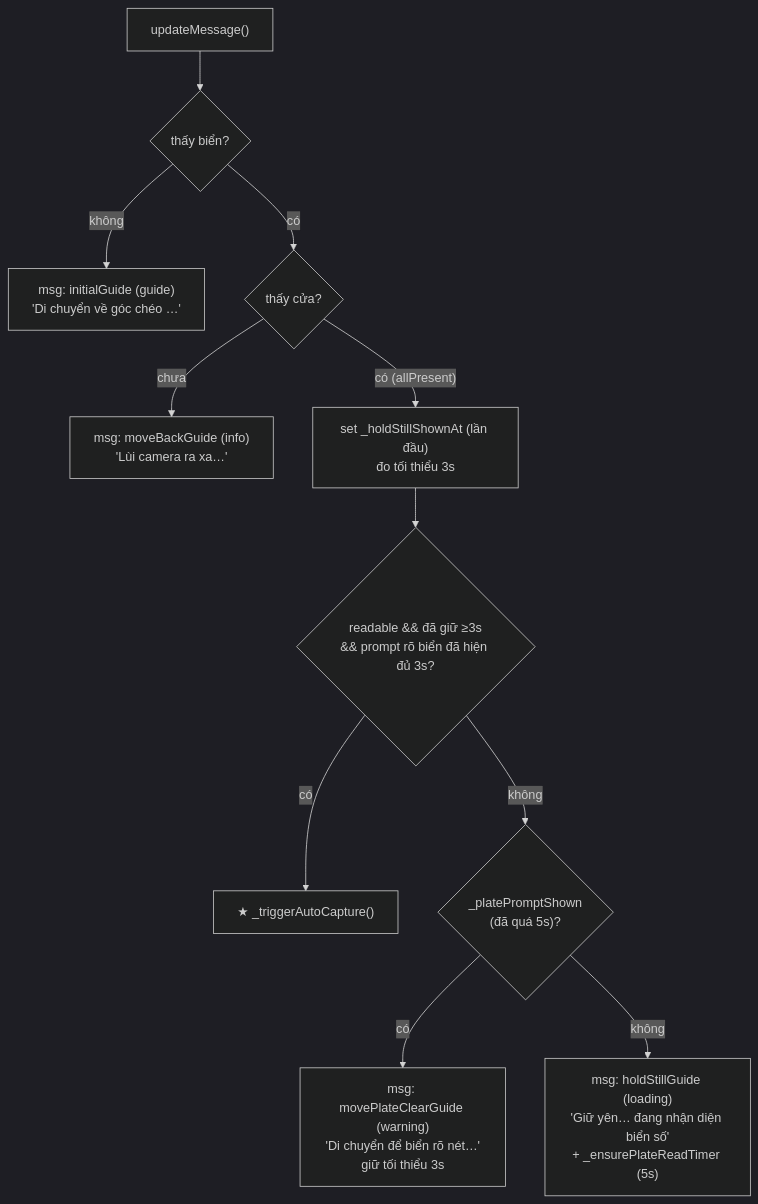
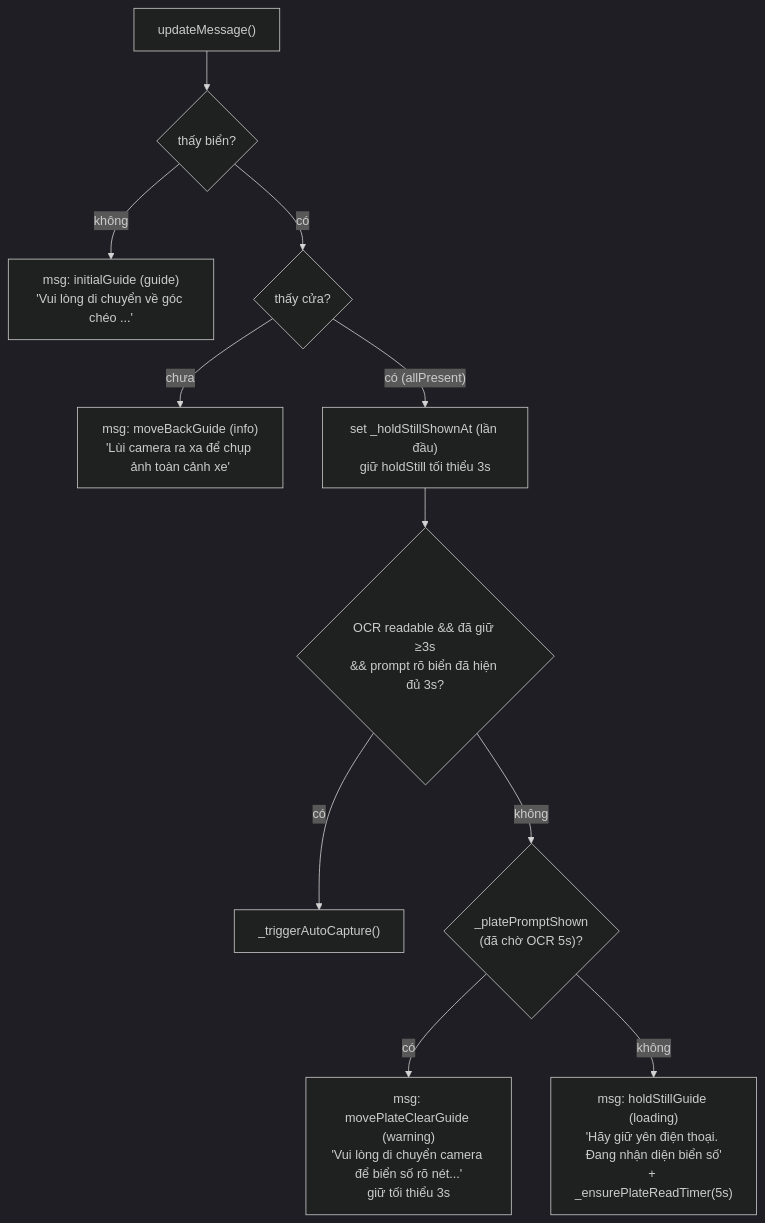
Before and after one commit to Aicycle-Insurance/aicycle_on_device: the third of 9 diagrams in CAMERA_CONTROLLER.md, drawn with Mermaid (dark theme). The commit also changed other lines of this file and 3 other files, not shown here.

````diff
--- a/CAMERA_CONTROLLER.md
+++ b/CAMERA_CONTROLLER.md
@@ -125,14 +58,14 @@
 ```mermaid
 flowchart TD
     U["updateMessage()"] --> Q1{"thấy biển?"}
-    Q1 -->|không| M1["msg: initialGuide (guide)<br/>'Di chuyển về góc chéo …'"]
+    Q1 -->|không| M1["msg: initialGuide (guide)<br/>'Vui lòng di chuyển về góc chéo ...'"]
     Q1 -->|có| Q2{"thấy cửa?"}
-    Q2 -->|chưa| M2["msg: moveBackGuide (info)<br/>'Lùi camera ra xa…'"]
-    Q2 -->|"có (allPresent)"| H["set _holdStillShownAt (lần đầu)<br/>đo tối thiểu 3s"]
+    Q2 -->|chưa| M2["msg: moveBackGuide (info)<br/>'Lùi camera ra xa để chụp ảnh toàn cảnh xe'"]
+    Q2 -->|"có (allPresent)"| H["set _holdStillShownAt (lần đầu)<br/>giữ holdStill tối thiểu 3s"]
 
-    H --> Q3{"readable && đã giữ ≥3s<br/>&& prompt rõ biển đã hiện đủ 3s?"}
-    Q3 -->|có| CAP["★ _triggerAutoCapture()"]
-    Q3 -->|không| Q4{"_platePromptShown<br/>(đã quá 5s)?"}
-    Q4 -->|có| M3["msg: movePlateClearGuide (warning)<br/>'Di chuyển để biển rõ nét…'<br/>giữ tối thiểu 3s"]
-    Q4 -->|không| M4["msg: holdStillGuide (loading)<br/>'Giữ yên… đang nhận diện biển số'<br/>+ _ensurePlateReadTimer (5s)"]
+    H --> Q3{"OCR readable && đã giữ ≥3s<br/>&& prompt rõ biển đã hiện đủ 3s?"}
+    Q3 -->|có| CAP["_triggerAutoCapture()"]
+    Q3 -->|không| Q4{"_platePromptShown<br/>(đã chờ OCR 5s)?"}
+    Q4 -->|có| M3["msg: movePlateClearGuide (warning)<br/>'Vui lòng di chuyển camera để biển số rõ nét...'<br/>giữ tối thiểu 3s"]
+    Q4 -->|không| M4["msg: holdStillGuide (loading)<br/>'Hãy giữ yên điện thoại. Đang nhận diện biển số'<br/>+ _ensurePlateReadTimer(5s)"]
 ```
````
